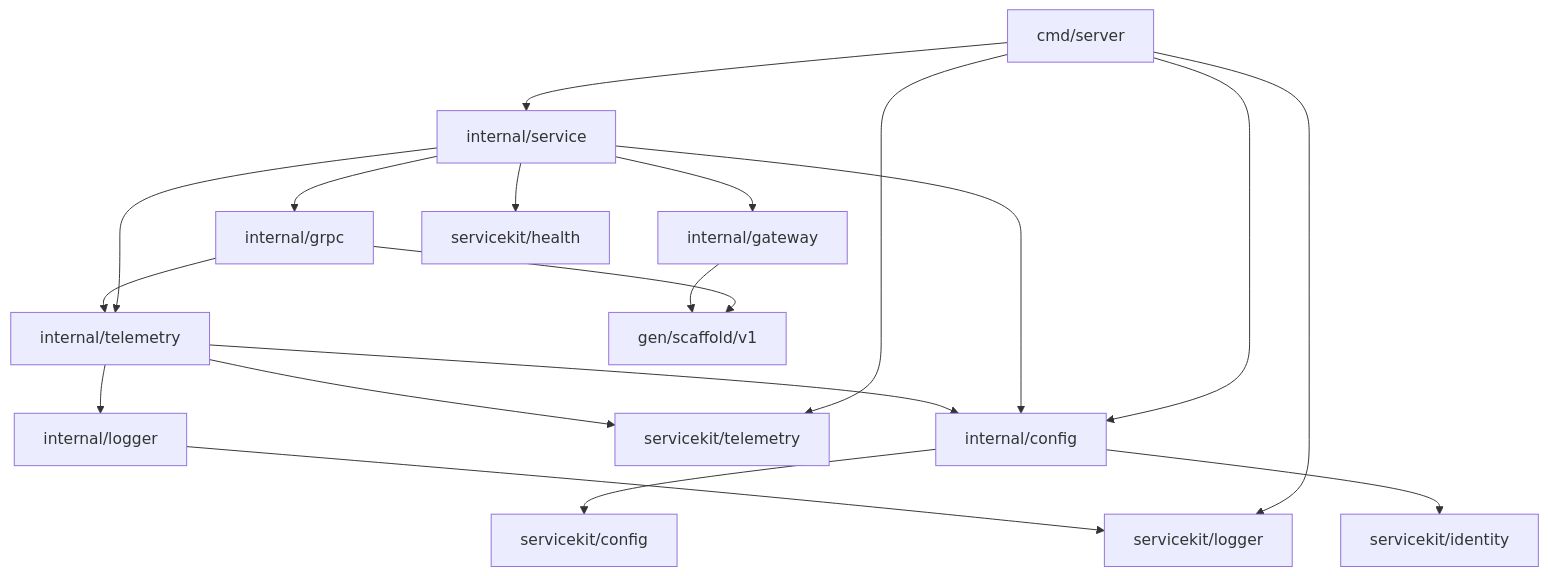
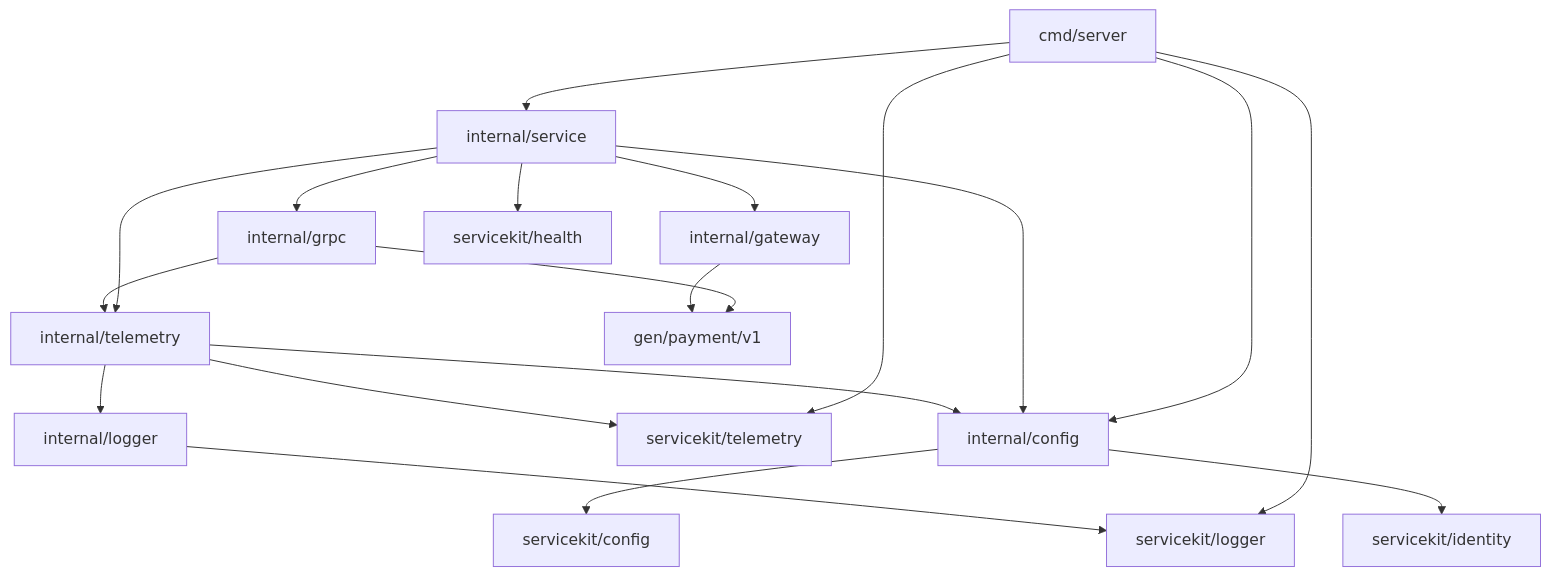
The diagram in services/payment-service/README.md (igor-baiborodine/insurance-hub), drawn with Mermaid before and after one commit. The commit also changed other lines of this file and 30 other files, not shown here.

````diff
--- a/services/payment-service/README.md
+++ b/services/payment-service/README.md
@@ -343,21 +343,21 @@
 ```mermaid
 flowchart TD
     entry["cmd/server"] --> composition["internal/service"]
     entry --> config["internal/config"]
     entry --> sharedLogger["servicekit/logger"]
     entry --> sharedTelemetry["servicekit/telemetry"]
     composition --> grpc["internal/grpc"]
     composition --> gateway["internal/gateway"]
     composition --> health["servicekit/health"]
     composition --> telemetry["internal/telemetry"]
     composition --> config
     grpc --> telemetry
-    grpc --> generated["gen/scaffold/v1"]
+    grpc --> generated["gen/payment/v1"]
     gateway --> generated
     telemetry --> config
     telemetry --> logger["internal/logger"]
     telemetry --> sharedTelemetry
     logger --> sharedLogger
     config --> sharedConfig["servicekit/config"]
     config --> sharedIdentity["servicekit/identity"]
 ```
````
